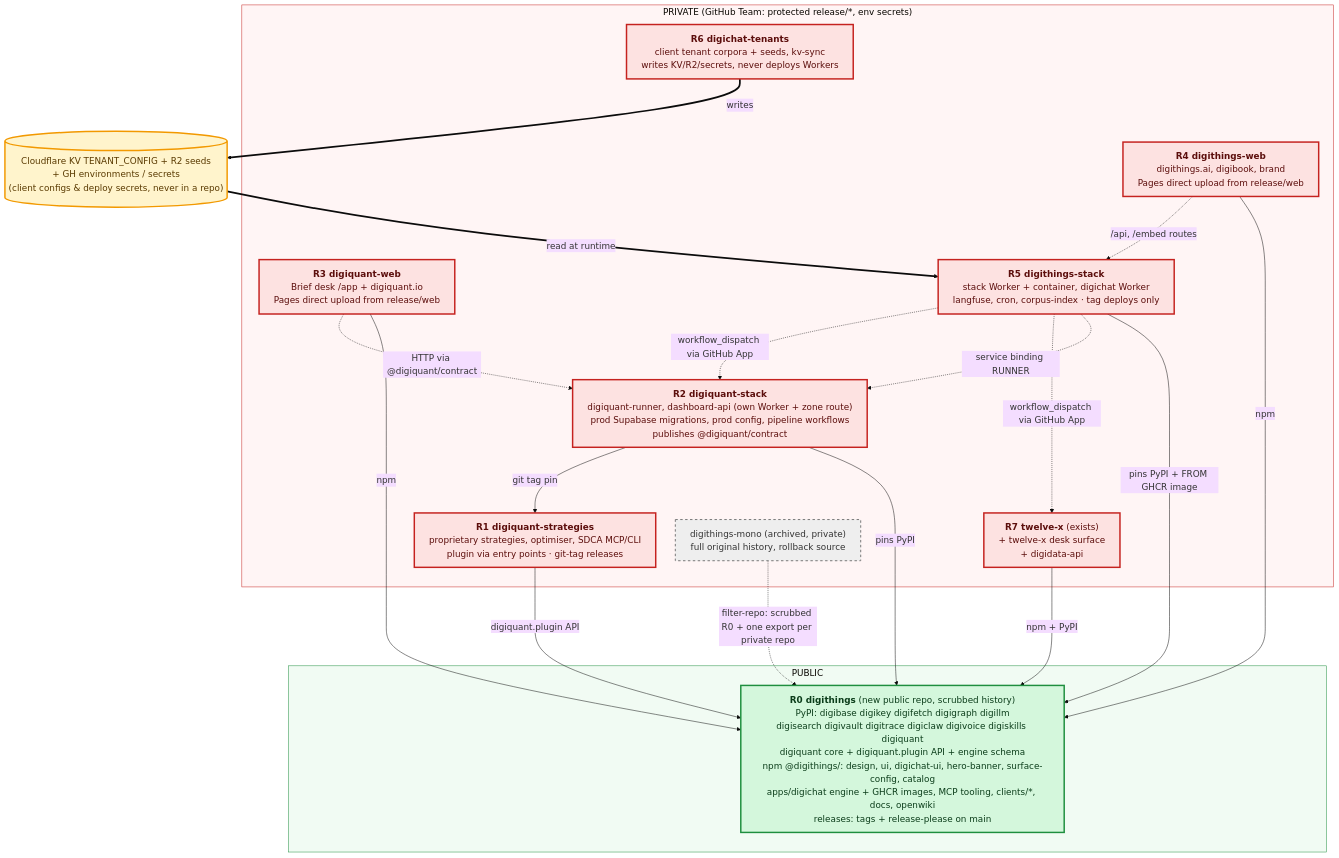
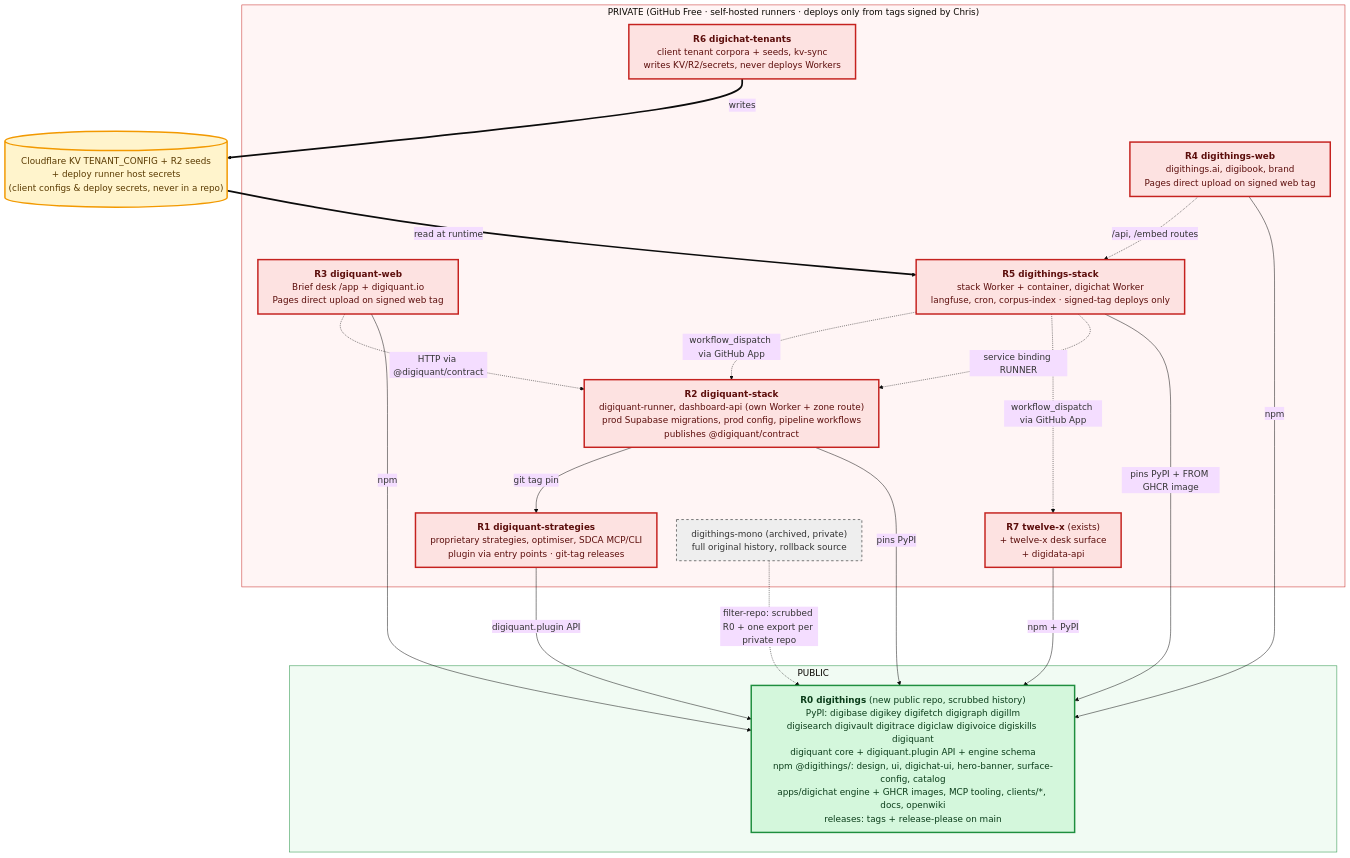
The diagram in docs/repo-split/repo-split.mmd (digithings-ai/digithings), drawn with Mermaid before and after one commit. The commit also changed 5 other files, not shown here.

First line of the commit message:
docs(root): fold Chris's gate answers into repo split plan (DIG-3518)

```diff
--- a/docs/repo-split/repo-split.mmd
+++ b/docs/repo-split/repo-split.mmd
@@ -1,40 +1,40 @@
 %%{init: {'theme':'base','themeVariables':{'fontSize':'18px'},'flowchart':{'curve':'basis','nodeSpacing':40,'rankSpacing':80,'wrappingWidth':600}}}%%
 flowchart TB
   subgraph PUB["PUBLIC"]
     R0["<b>R0 digithings</b> (new public repo, scrubbed history)<br/>PyPI: digibase digikey digifetch digigraph digillm<br/>digisearch digivault digitrace digiclaw digivoice digiskills digiquant<br/>digiquant core + digiquant.plugin API + engine schema<br/>npm @digithings/: design, ui, digichat-ui, hero-banner, surface-config, catalog<br/>apps/digichat engine + GHCR images, MCP tooling, clients/*, docs, openwiki<br/>releases: tags + release-please on main"]
   end
-  subgraph PRIV["PRIVATE (GitHub Team: protected release/*, env secrets)"]
+  subgraph PRIV["PRIVATE (GitHub Free · self-hosted runners · deploys only from tags signed by Chris)"]
     R1["<b>R1 digiquant-strategies</b><br/>proprietary strategies, optimiser, SDCA MCP/CLI<br/>plugin via entry points · git-tag releases"]
     R2["<b>R2 digiquant-stack</b><br/>digiquant-runner, dashboard-api (own Worker + zone route)<br/>prod Supabase migrations, prod config, pipeline workflows<br/>publishes @digiquant/contract"]
-    R3["<b>R3 digiquant-web</b><br/>Brief desk /app + digiquant.io<br/>Pages direct upload from release/web"]
-    R4["<b>R4 digithings-web</b><br/>digithings.ai, digibook, brand<br/>Pages direct upload from release/web"]
-    R5["<b>R5 digithings-stack</b><br/>stack Worker + container, digichat Worker<br/>langfuse, cron, corpus-index · tag deploys only"]
+    R3["<b>R3 digiquant-web</b><br/>Brief desk /app + digiquant.io<br/>Pages direct upload on signed web tag"]
+    R4["<b>R4 digithings-web</b><br/>digithings.ai, digibook, brand<br/>Pages direct upload on signed web tag"]
+    R5["<b>R5 digithings-stack</b><br/>stack Worker + container, digichat Worker<br/>langfuse, cron, corpus-index · signed-tag deploys only"]
     R6["<b>R6 digichat-tenants</b><br/>client tenant corpora + seeds, kv-sync<br/>writes KV/R2/secrets, never deploys Workers"]
     R7["<b>R7 twelve-x</b> (exists)<br/>+ twelve-x desk surface<br/>+ digidata-api"]
     MONO["digithings-mono (archived, private)<br/>full original history, rollback source"]
   end
-  KV[("Cloudflare KV TENANT_CONFIG + R2 seeds<br/>+ GH environments / secrets<br/>(client configs &amp; deploy secrets, never in a repo)")]
+  KV[("Cloudflare KV TENANT_CONFIG + R2 seeds<br/>+ deploy runner host secrets<br/>(client configs &amp; deploy secrets, never in a repo)")]
 
   R1 -->|digiquant.plugin API| R0
   R2 -->|pins PyPI| R0
   R2 -->|git tag pin| R1
   R3 -->|npm| R0
   R4 -->|npm| R0
   R5 -->|pins PyPI + FROM GHCR image| R0
   R7 -->|npm + PyPI| R0
   R3 -.->|HTTP via @digiquant/contract| R2
   R4 -.->|/api, /embed routes| R5
   R5 -.->|service binding RUNNER| R2
   R5 -.->|workflow_dispatch via GitHub App| R7
   R5 -.->|workflow_dispatch via GitHub App| R2
   R6 ==>|writes| KV
   KV ==>|read at runtime| R5
   MONO -.->|filter-repo: scrubbed R0 + one export per private repo| R0
 
   classDef pub fill:#d4f7dc,stroke:#1e8e3e,stroke-width:3px,color:#0b3d1a;
   classDef priv fill:#fde2e1,stroke:#c5221f,stroke-width:3px,color:#5c0e0c;
   classDef kv fill:#fff4cc,stroke:#f29900,stroke-width:3px,color:#5a3a00;
   classDef arch fill:#eeeeee,stroke:#777777,stroke-width:2px,color:#333333,stroke-dasharray: 5 5;
   class R0 pub; class R1,R2,R3,R4,R5,R6,R7 priv; class KV kv; class MONO arch;
   style PUB fill:#f1fbf3,stroke:#1e8e3e
   style PRIV fill:#fff5f5,stroke:#c5221f
```
